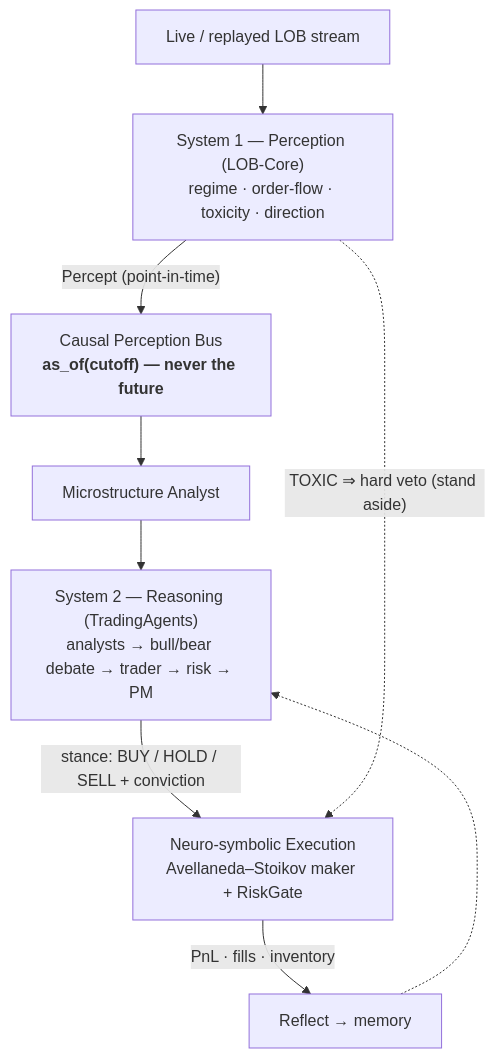
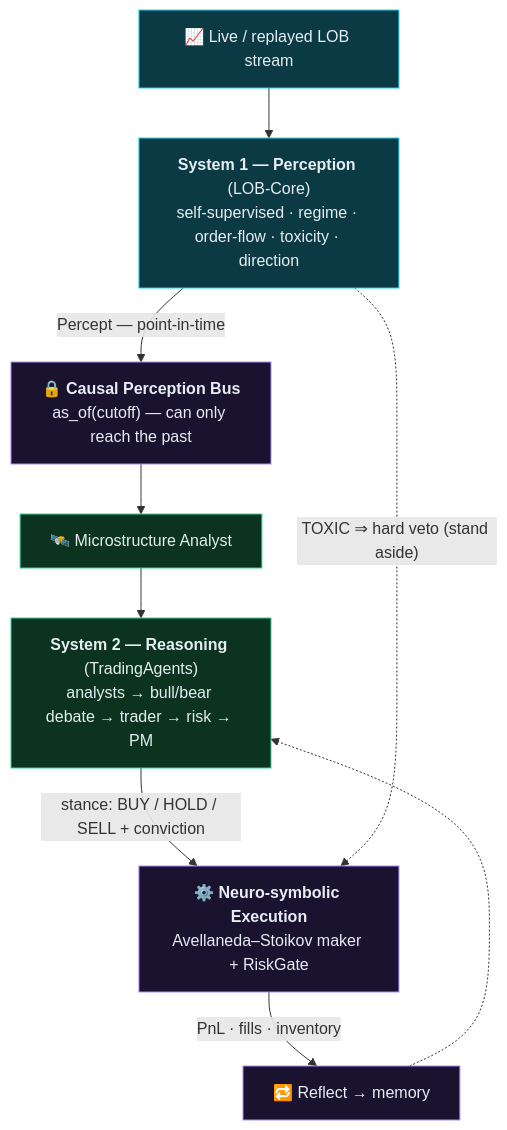
One commit to cleoanka/kairos changed the diagram in README.md. Above: the diagram before and after it, drawn with Mermaid. The commit also changed other lines of this file and 5 other files, not shown here.

````diff
--- a/README.md
+++ b/README.md
@@ -28,11 +52,15 @@
 ```mermaid
 flowchart TD
-    LOB["Live / replayed LOB stream"] --> P["System 1 — Perception (LOB-Core)<br/>regime · order-flow · toxicity · direction"]
-    P -->|"Percept (point-in-time)"| BUS["Causal Perception Bus<br/><b>as_of(cutoff) — never the future</b>"]
-    BUS --> MA["Microstructure Analyst"]
-    MA --> DEBATE["System 2 — Reasoning (TradingAgents)<br/>analysts → bull/bear debate → trader → risk → PM"]
-    DEBATE -->|"stance: BUY / HOLD / SELL + conviction"| EX["Neuro-symbolic Execution<br/>Avellaneda–Stoikov maker + RiskGate"]
+    LOB["📈 Live / replayed LOB stream"] --> P["<b>System 1 — Perception</b> (LOB-Core)<br/>self-supervised · regime · order-flow · toxicity · direction"]
+    P -->|"Percept — point-in-time"| BUS["🔒 <b>Causal Perception Bus</b><br/>as_of(cutoff) — can only reach the past"]
+    BUS --> MA["🛰️ Microstructure Analyst"]
+    MA --> DEBATE["<b>System 2 — Reasoning</b> (TradingAgents)<br/>analysts → bull/bear debate → trader → risk → PM"]
+    DEBATE -->|"stance: BUY / HOLD / SELL + conviction"| EX["⚙️ <b>Neuro-symbolic Execution</b><br/>Avellaneda–Stoikov maker + RiskGate"]
     P -.->|"TOXIC ⇒ hard veto (stand aside)"| EX
-    EX -->|"PnL · fills · inventory"| RF["Reflect → memory"]
+    EX -->|"PnL · fills · inventory"| RF["🔁 Reflect → memory"]
     RF -.-> DEBATE
+    classDef s1 fill:#0b3a44,stroke:#22d3ee,color:#e6edf3;
+    classDef s2 fill:#0b3320,stroke:#34d399,color:#e6edf3;
+    classDef br fill:#1a1330,stroke:#a78bfa,color:#e6edf3;
+    class P,LOB s1; class DEBATE,MA s2; class BUS,EX,RF br;
 ```
````
